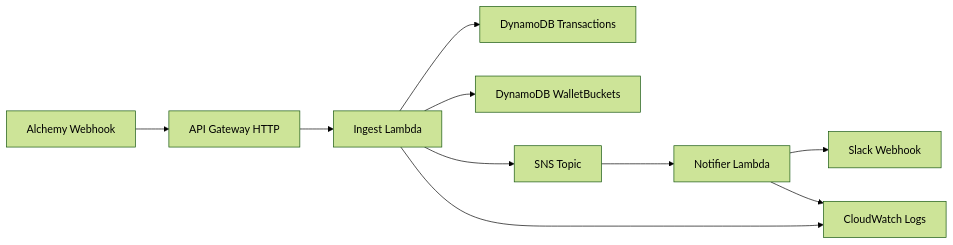
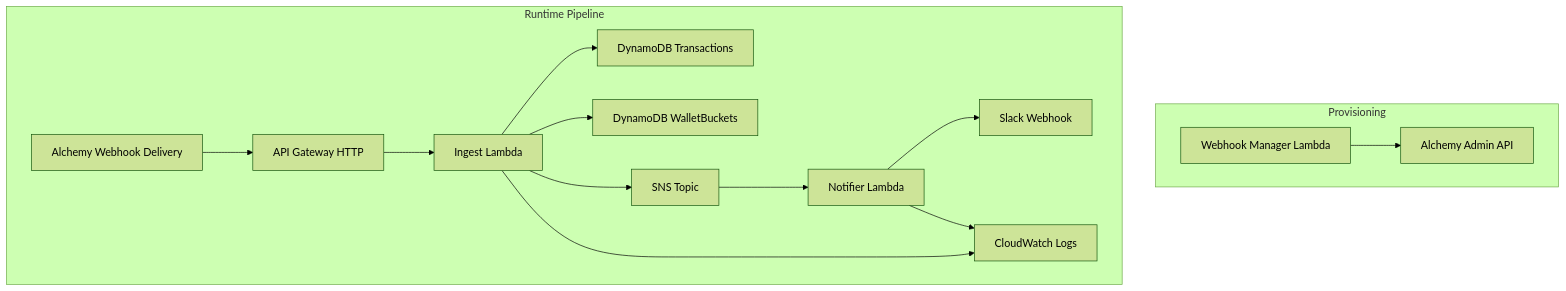
Before and after one commit to jimesal/serverless-eth-watcher: the first of 2 diagrams in README.md, drawn with Mermaid (forest theme). The commit also changed other lines of this file and 14 other files, not shown here.

````diff
--- a/README.md
+++ b/README.md
@@ -13,12 +13,18 @@
 ```mermaid
-flowchart LR
-  A[Alchemy Webhook] --> B[API Gateway HTTP]
-  B --> C[Ingest Lambda]
-  C --> D[DynamoDB Transactions]
-  C --> E[DynamoDB WalletBuckets]
-  C --> F[SNS Topic]
-  F --> G[Notifier Lambda]
-  G --> H[Slack Webhook]
-  C --> I[CloudWatch Logs]
-  G --> I
+flowchart TB
+  subgraph Provisioning
+    W[Webhook Manager Lambda] --> X[Alchemy Admin API]
+  end
+
+  subgraph Runtime Pipeline
+    A[Alchemy Webhook Delivery] --> B[API Gateway HTTP]
+    B --> C[Ingest Lambda]
+    C --> D[DynamoDB Transactions]
+    C --> E[DynamoDB WalletBuckets]
+    C --> F[SNS Topic]
+    F --> G[Notifier Lambda]
+    G --> H[Slack Webhook]
+    C --> I[CloudWatch Logs]
+    G --> I
+  end
 ```
````
